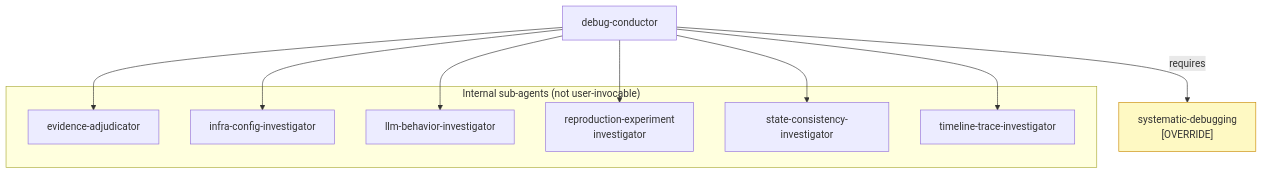
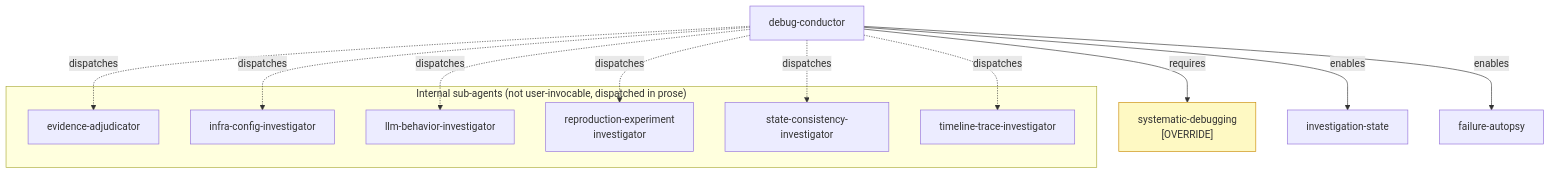
The fifth of 6 diagrams in docs/SKILL_TAXONOMY.md (bordenet/superpowers-plus), drawn with Mermaid before and after one commit. The commit also changed other lines of this file and 8 other files, not shown here.

````diff
--- a/docs/SKILL_TAXONOMY.md
+++ b/docs/SKILL_TAXONOMY.md
@@ -203,24 +173,29 @@
 ```mermaid
 flowchart TD
     classDef ovrd fill:#fef9c3,stroke:#ca8a04
 
     DC[debug-conductor]
     SD["systematic-debugging<br/>[OVERRIDE]"]:::ovrd
+    IS[investigation-state]
+    FA[failure-autopsy]
+
     DC -->|requires| SD
+    DC -->|enables| IS
+    DC -->|enables| FA
 
-    subgraph subs["Internal sub-agents (not user-invocable)"]
+    subgraph subs["Internal sub-agents (not user-invocable, dispatched in prose)"]
         EA[evidence-adjudicator]
         ICI[infra-config-investigator]
         LBI[llm-behavior-investigator]
         REI[reproduction-experiment<br/>investigator]
         SCI[state-consistency-investigator]
         TTI[timeline-trace-investigator]
     end
 
-    DC --> EA
-    DC --> ICI
-    DC --> LBI
-    DC --> REI
-    DC --> SCI
-    DC --> TTI
+    DC -.->|dispatches| EA
+    DC -.->|dispatches| ICI
+    DC -.->|dispatches| LBI
+    DC -.->|dispatches| REI
+    DC -.->|dispatches| SCI
+    DC -.->|dispatches| TTI
 ```
````
